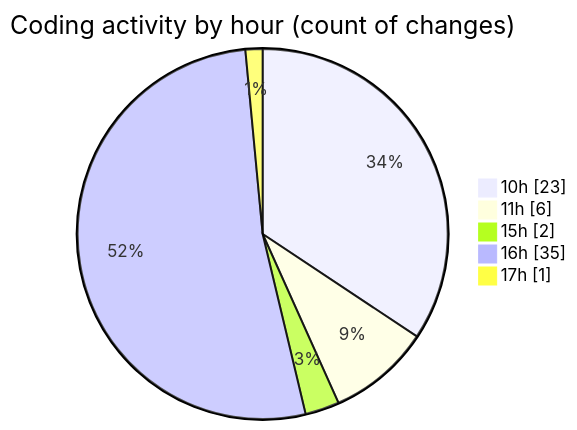
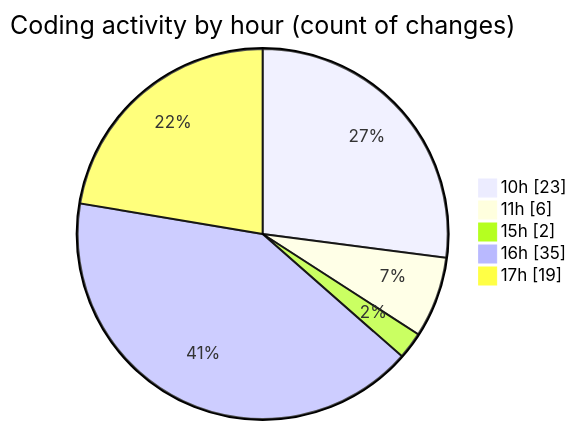
Before and after one commit to nxtqubesakshisongat/code-tracking: the second of 2 diagrams in 2026-05-04/nxtqube_webapp/README.md, drawn with Mermaid. The commit also changed other lines of this file and 1 other file, not shown here.

````diff
--- a/2026-05-04/nxtqube_webapp/README.md
+++ b/2026-05-04/nxtqube_webapp/README.md
@@ -35,9 +37,9 @@
 ```mermaid
 pie showData
 title Coding activity by hour (count of changes)
 "10h" : 23
 "11h" : 6
 "15h" : 2
 "16h" : 35
-"17h" : 1
+"17h" : 19
 ```
````
